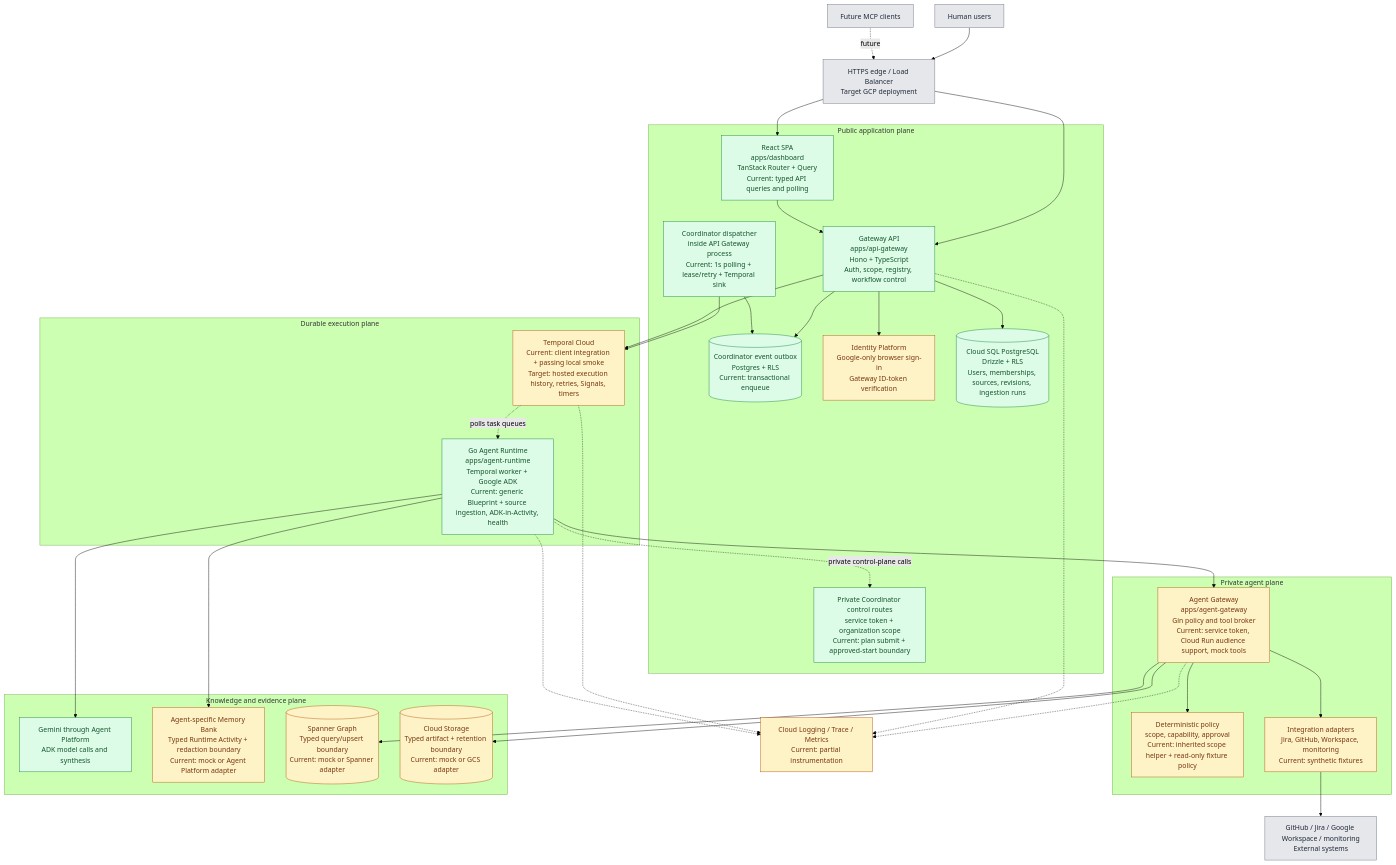
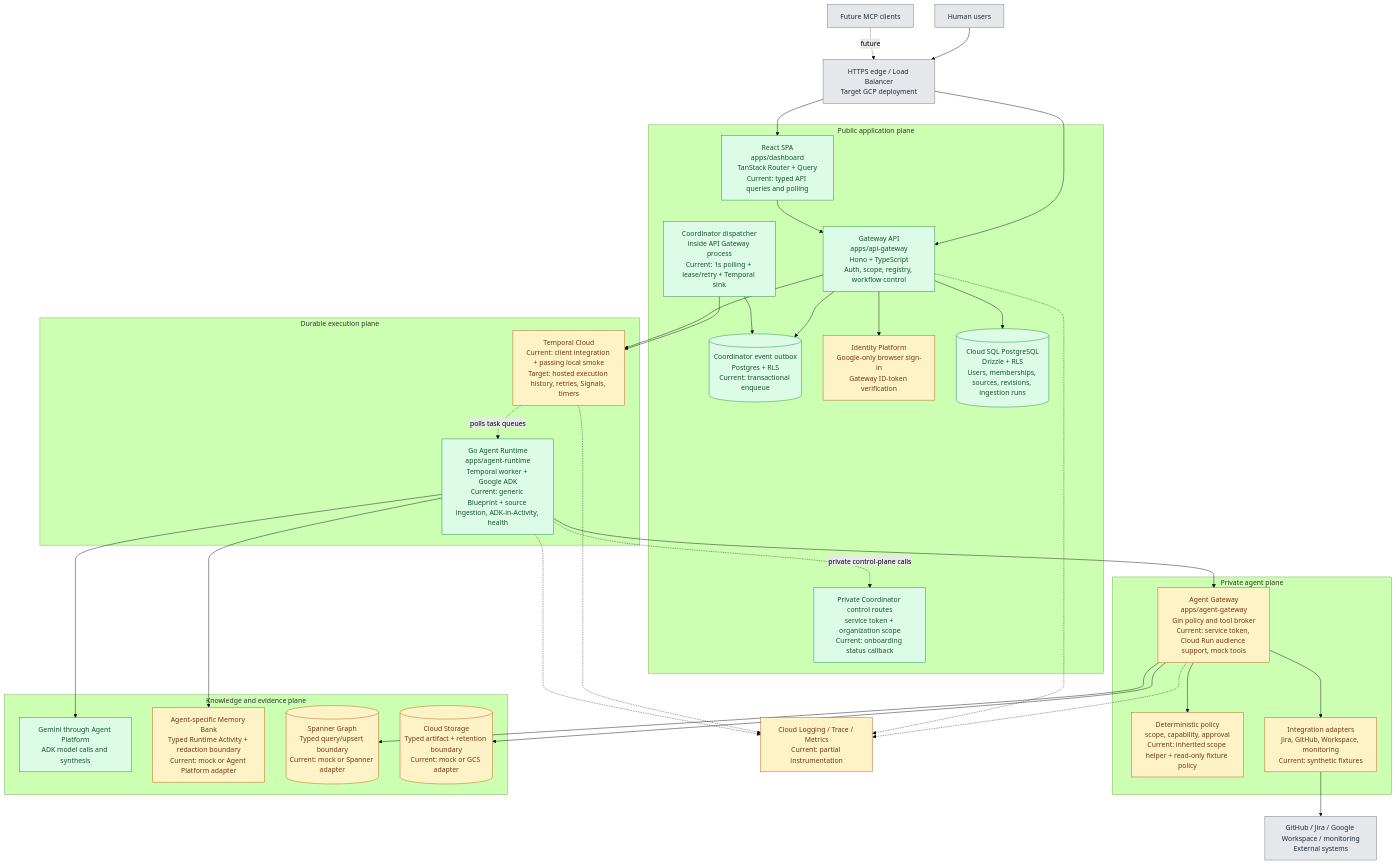
Before and after one commit to andriishupta/encois: the first of 3 diagrams in docs/system-diagram.md, drawn with Mermaid (forest theme). The commit also changed other lines of this file and 102 other files, not shown here.

````diff
--- a/docs/system-diagram.md
+++ b/docs/system-diagram.md
@@ -19,73 +19,73 @@
 ```mermaid
 flowchart TB
     Human[Human users]
     MCP[Future MCP clients]
     Edge[HTTPS edge / Load Balancer\nTarget GCP deployment]
 
     subgraph Public[Public application plane]
         Web[React SPA\napps/dashboard\nTanStack Router + Query\nCurrent: typed API queries and polling]
         API[Gateway API\napps/api-gateway\nHono + TypeScript\nAuth, scope, registry, workflow control]
-        CoordinatorRoutes[Private Coordinator control routes\nservice token + organization scope\nCurrent: plan submit + approved-start boundary]
+        CoordinatorRoutes[Private Coordinator control routes\nservice token + organization scope\nCurrent: onboarding status callback]
         Outbox[(Coordinator event outbox\nPostgres + RLS\nCurrent: transactional enqueue)]
         Dispatcher[Coordinator dispatcher\ninside API Gateway process\nCurrent: 1s polling + lease/retry + Temporal sink]
         Auth[Identity Platform\nGoogle-only browser sign-in\nGateway ID-token verification]
         SQL[(Cloud SQL PostgreSQL\nDrizzle + RLS\nUsers, memberships, sources, revisions, ingestion runs)]
     end
 
     subgraph Durable[Durable execution plane]
         Temporal[Temporal Cloud\nCurrent: client integration + passing local smoke\nTarget: hosted execution history, retries, Signals, timers]
         Runtime[Go Agent Runtime\napps/agent-runtime\nTemporal worker + Google ADK\nCurrent: generic Blueprint + source ingestion, ADK-in-Activity, health]
     end
 
     subgraph Private[Private agent plane]
         AgentGateway[Agent Gateway\napps/agent-gateway\nGin policy and tool broker\nCurrent: service token, Cloud Run audience support, mock tools]
         Policy[Deterministic policy\nscope, capability, approval\nCurrent: inherited scope helper + read-only fixture policy]
         Integrations[Integration adapters\nJira, GitHub, Workspace, monitoring\nCurrent: synthetic fixtures]
     end
 
     subgraph Knowledge[Knowledge and evidence plane]
         Gemini[Gemini through Agent Platform\nADK model calls and synthesis]
         Memory[Agent-specific Memory Bank\nTyped Runtime Activity + redaction boundary\nCurrent: mock or Agent Platform adapter]
         Graph[(Spanner Graph\nTyped query/upsert boundary\nCurrent: mock or Spanner adapter)]
         Storage[(Cloud Storage\nTyped artifact + retention boundary\nCurrent: mock or GCS adapter)]
     end
 
     Sources[GitHub / Jira / Google Workspace / monitoring\nExternal systems]
     Ops[Cloud Logging / Trace / Metrics\nCurrent: partial instrumentation]
 
     Human --> Edge
     MCP -. future .-> Edge
     Edge --> Web
     Edge --> API
     Web --> API
     Runtime -. private control-plane calls .-> CoordinatorRoutes
     API --> Outbox
     Dispatcher --> Outbox
     Dispatcher --> Temporal
     API --> Auth
     API --> SQL
     API --> Temporal
     Temporal -. polls task queues .-> Runtime
     Runtime --> AgentGateway
     AgentGateway --> Policy
     AgentGateway --> Integrations
     Integrations --> Sources
     Runtime --> Gemini
     Runtime --> Memory
     AgentGateway --> Graph
     AgentGateway --> Storage
     API -.-> Ops
     Temporal -.-> Ops
     Runtime -.-> Ops
     AgentGateway -.-> Ops
 
     classDef live fill:#dcfce7,stroke:#15803d,color:#14532d
     classDef scaffold fill:#fef3c7,stroke:#b45309,color:#78350f
     classDef target fill:#dbeafe,stroke:#2563eb,color:#1e3a8a
     classDef external fill:#e5e7eb,stroke:#6b7280,color:#1f2937
 
     class Web,API,CoordinatorRoutes,Outbox,Dispatcher,SQL,Runtime,Gemini live
     class Auth,Temporal,AgentGateway,Policy,Integrations,Ops scaffold
     class Memory,Graph,Storage scaffold
     class Human,MCP,Edge,Sources external
 ```
````
